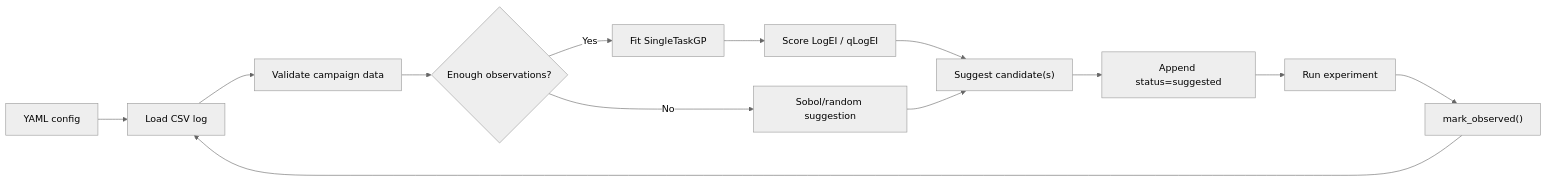
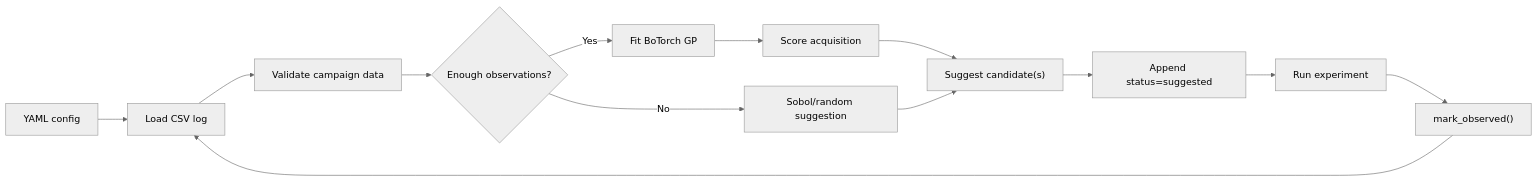
One commit to angzeli/bo-forge changed the diagram in README.md. Above: the diagram before and after it, drawn with Mermaid (neutral theme). The commit also changed other lines of this file and 36 other files, not shown here.

````diff
--- a/README.md
+++ b/README.md
@@ -111,15 +112,15 @@
 ```mermaid
 flowchart LR
     A["YAML config"] --> B["Load CSV log"]
     B --> C["Validate campaign data"]
     C --> D{"Enough observations?"}
     D -- "No" --> E["Sobol/random suggestion"]
-    D -- "Yes" --> F["Fit SingleTaskGP"]
-    F --> G["Score LogEI / qLogEI"]
+    D -- "Yes" --> F["Fit BoTorch GP"]
+    F --> G["Score acquisition"]
     G --> H["Suggest candidate(s)"]
     E --> H
     H --> I["Append status=suggested"]
     I --> J["Run experiment"]
     J --> K["mark_observed()"]
     K --> B
 ```
````
